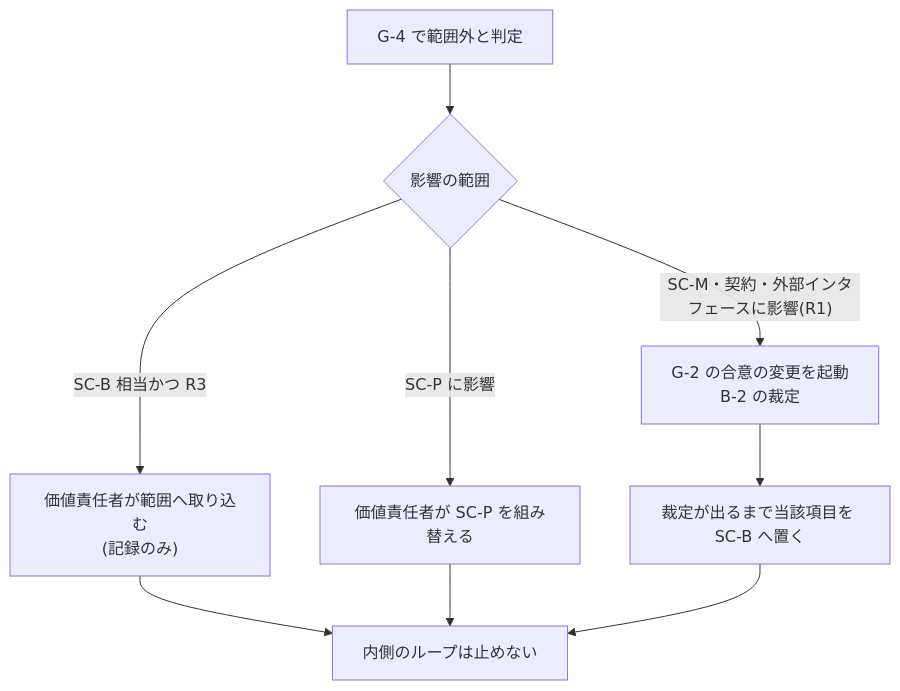
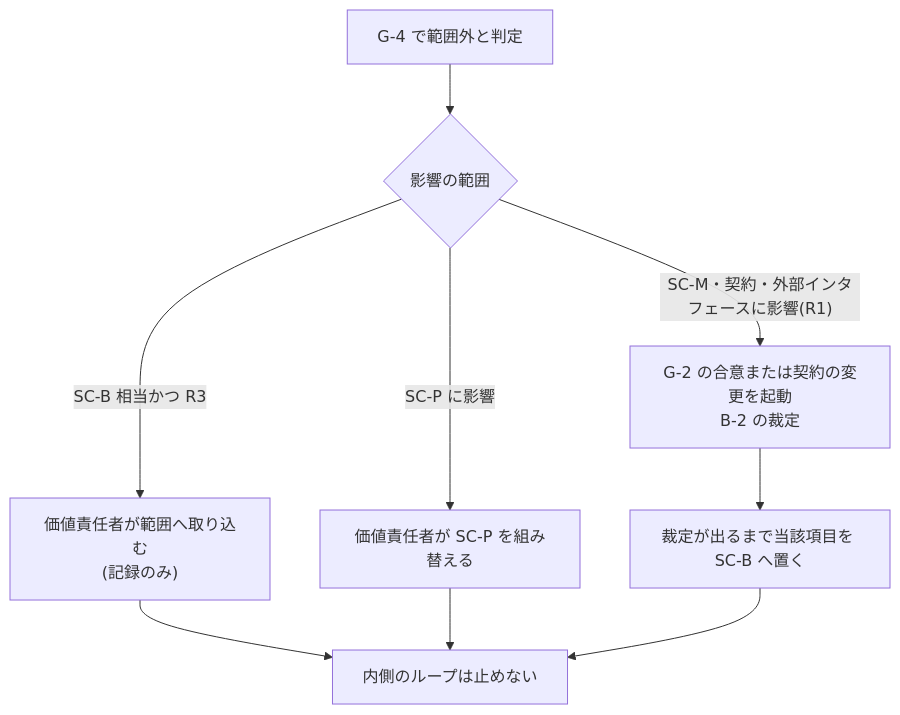
The sixth of 6 diagrams in src/content/docs/phase4-process-design/lifecycle.md (Takenori-Kusaka/process-compass), drawn with Mermaid before and after one commit. The commit also changed other lines of this file and 7 other files, not shown here.

````diff
--- a/src/content/docs/phase4-process-design/lifecycle.md
+++ b/src/content/docs/phase4-process-design/lifecycle.md
@@ -739,11 +739,11 @@
 ```mermaid
 graph TD
   A["G-4 で範囲外と判定"] --> B{"影響の範囲"}
   B -->|"SC-B 相当かつ R3"| C["価値責任者が範囲へ取り込む<br>(記録のみ)"]
   B -->|"SC-P に影響"| D["価値責任者が SC-P を組み替える"]
-  B -->|"SC-M・契約・外部インタフェースに影響(R1)"| E["G-2 の合意の変更を起動<br>B-2 の裁定"]
+  B -->|"SC-M・契約・外部インタフェースに影響(R1)"| E["G-2 の合意または契約の変更を起動<br>B-2 の裁定"]
   E --> F["裁定が出るまで当該項目を SC-B へ置く"]
   C --> G["内側のループは止めない"]
   D --> G
   F --> G
 ```
````
